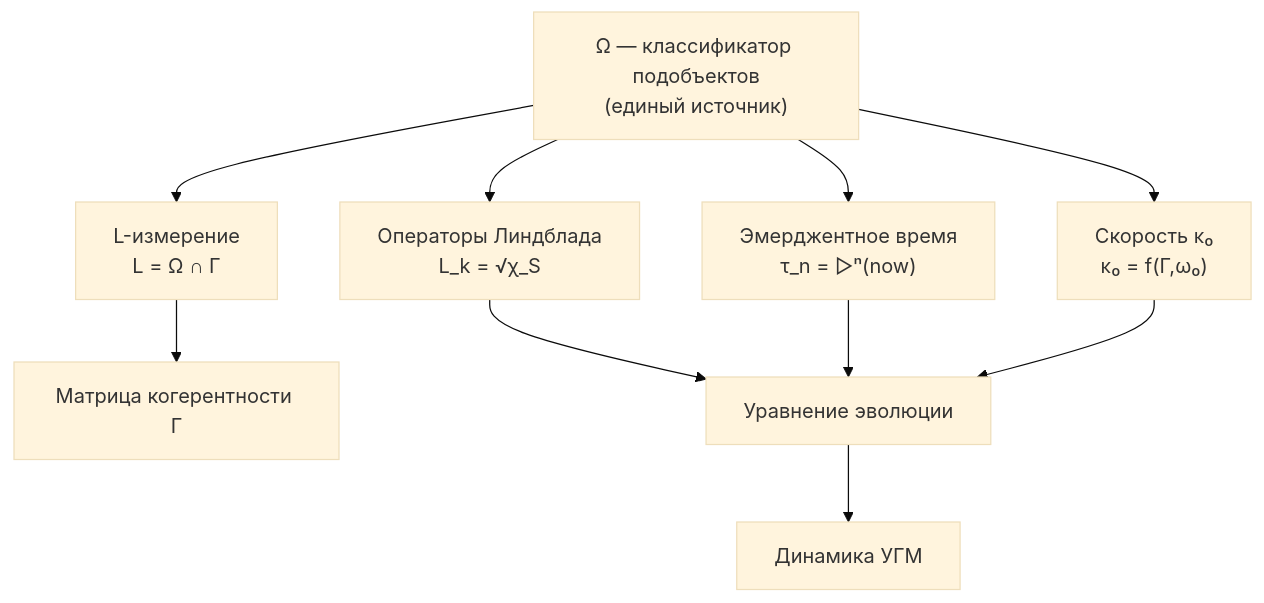
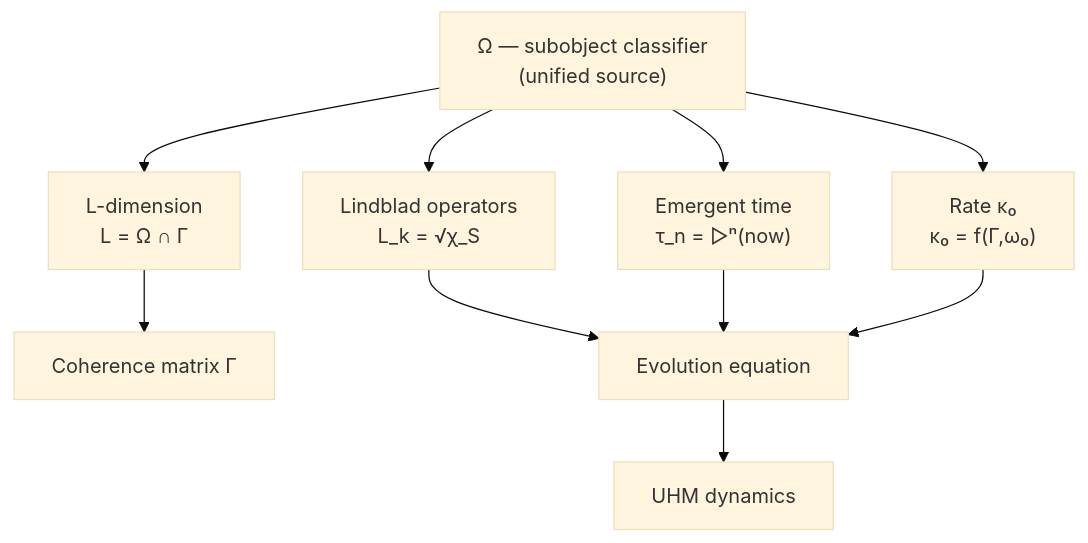
One commit to gst-st/uhm changed the diagram in website/docs/proofs/categorical/categorical-formalism.md. Above: the diagram before and after it, drawn with Mermaid (base theme). The commit also changed other lines of this file and 59 other files, not shown here.

````diff
--- a/website/docs/proofs/categorical/categorical-formalism.md
+++ b/website/docs/proofs/categorical/categorical-formalism.md
@@ -2405,16 +2405,16 @@
 ```mermaid
 graph TD
-    Omega["Ω — классификатор подобъектов<br/>(единый источник)"]
+    Omega["Ω — subobject classifier<br/>(unified source)"]
 
-    Omega --> L["L-измерение<br/>L = Ω ∩ Γ"]
-    Omega --> Lk["Операторы Линдблада<br/>L_k = √χ_S"]
-    Omega --> Time["Эмерджентное время<br/>τ_n = ▷ⁿ(now)"]
-    Omega --> K0["Скорость κ₀<br/>κ₀ = f(Γ,ω₀)"]
+    Omega --> L["L-dimension<br/>L = Ω ∩ Γ"]
+    Omega --> Lk["Lindblad operators<br/>L_k = √χ_S"]
+    Omega --> Time["Emergent time<br/>τ_n = ▷ⁿ(now)"]
+    Omega --> K0["Rate κ₀<br/>κ₀ = f(Γ,ω₀)"]
 
-    L --> Gamma["Матрица когерентности Γ"]
-    Lk --> Evol["Уравнение эволюции"]
+    L --> Gamma["Coherence matrix Γ"]
+    Lk --> Evol["Evolution equation"]
     Time --> Evol
     K0 --> Evol
 
-    Evol --> Dynamics["Динамика УГМ"]
+    Evol --> Dynamics["UHM dynamics"]
 ```
````
